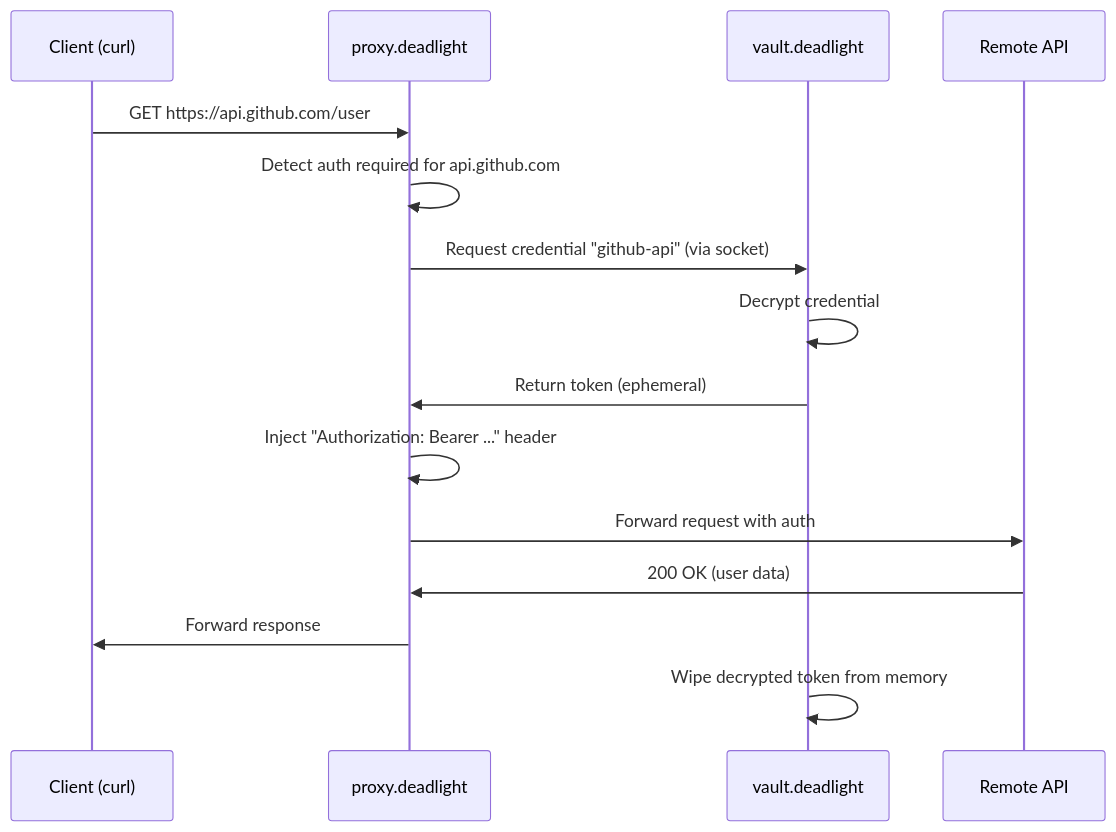
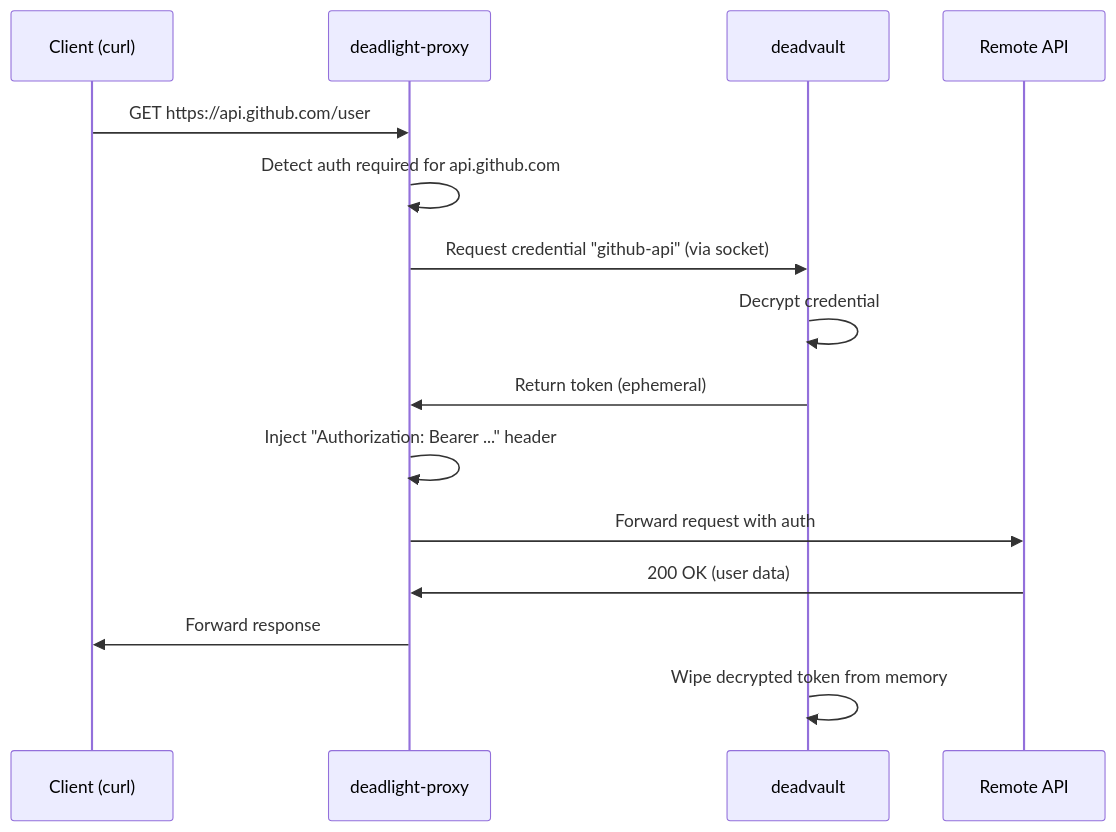
One commit to gnarzilla/deadvault changed the diagram in README.md. Above: the diagram before and after it, drawn with Mermaid. The commit also changed other lines of this file, not shown here.

First line of the commit message:
Rename vault.deadlight to deadvault in README

````diff
--- a/README.md
+++ b/README.md
@@ -239,18 +239,18 @@
 ```mermaid
 sequenceDiagram
     participant C as Client (curl)
-    participant P as proxy.deadlight
-    participant V as vault.deadlight
+    participant P as deadlight-proxy
+    participant V as deadvault
     participant R as Remote API
 
     C->>P: GET https://api.github.com/user
     P->>P: Detect auth required for api.github.com
     P->>V: Request credential "github-api" (via socket)
     V->>V: Decrypt credential
     V->>P: Return token (ephemeral)
     P->>P: Inject "Authorization: Bearer ..." header
     P->>R: Forward request with auth
     R->>P: 200 OK (user data)
     P->>C: Forward response
     V->>V: Wipe decrypted token from memory
 ```
````
